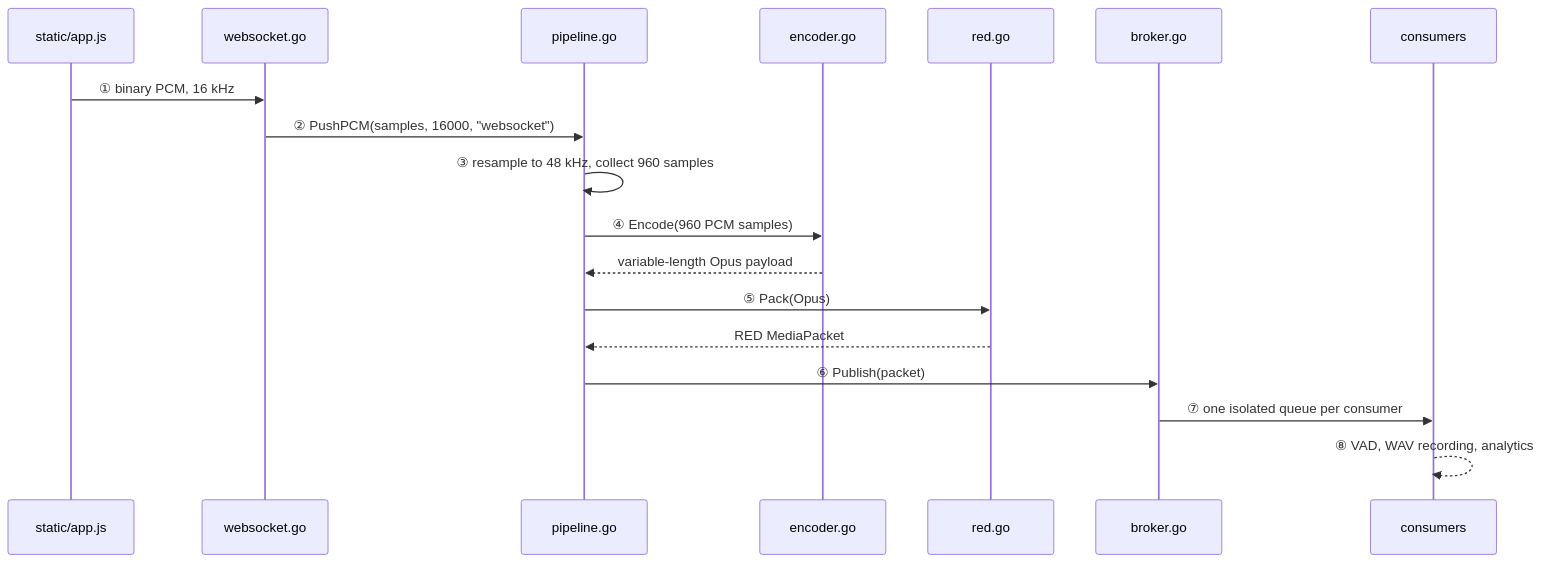
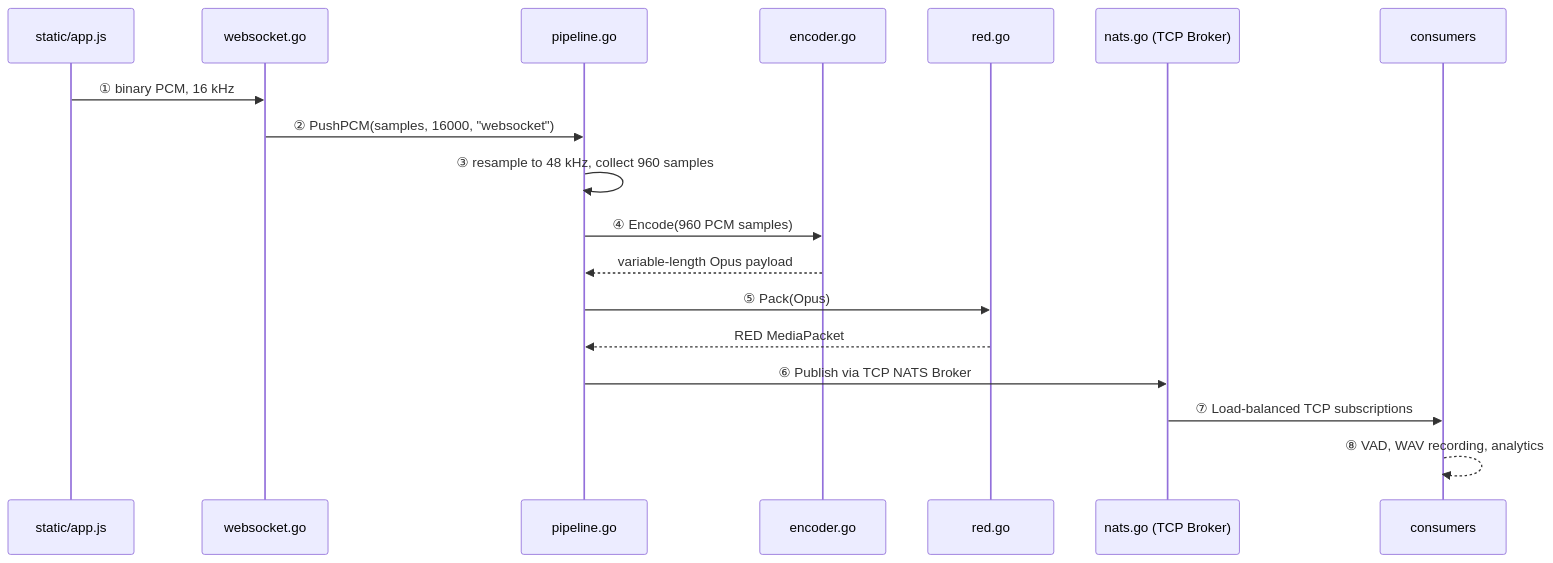
Before and after one commit to YashBehera/voice-ingestion: the second of 2 diagrams in README.md, drawn with Mermaid. The commit also changed 10 other files, not shown here.

Commit message:
feat: implement adaptive RED depth via RTCP feedback, networked NATS bus, and worker status metrics with a slow consumer simulator.

````diff
--- a/README.md
+++ b/README.md
@@ -69,21 +69,21 @@
 ```mermaid
 sequenceDiagram
     participant UI as static/app.js
     participant WS as websocket.go
     participant P as pipeline.go
     participant O as encoder.go
     participant R as red.go
-    participant B as broker.go
+    participant B as nats.go (TCP Broker)
     participant C as consumers
 
     UI->>WS: ① binary PCM, 16 kHz
     WS->>P: ② PushPCM(samples, 16000, "websocket")
     P->>P: ③ resample to 48 kHz, collect 960 samples
     P->>O: ④ Encode(960 PCM samples)
     O-->>P: variable-length Opus payload
     P->>R: ⑤ Pack(Opus)
     R-->>P: RED MediaPacket
-    P->>B: ⑥ Publish(packet)
-    B->>C: ⑦ one isolated queue per consumer
+    P->>B: ⑥ Publish via TCP NATS Broker
+    B->>C: ⑦ Load-balanced TCP subscriptions
     C-->>C: ⑧ VAD, WAV recording, analytics 
 ```
````
